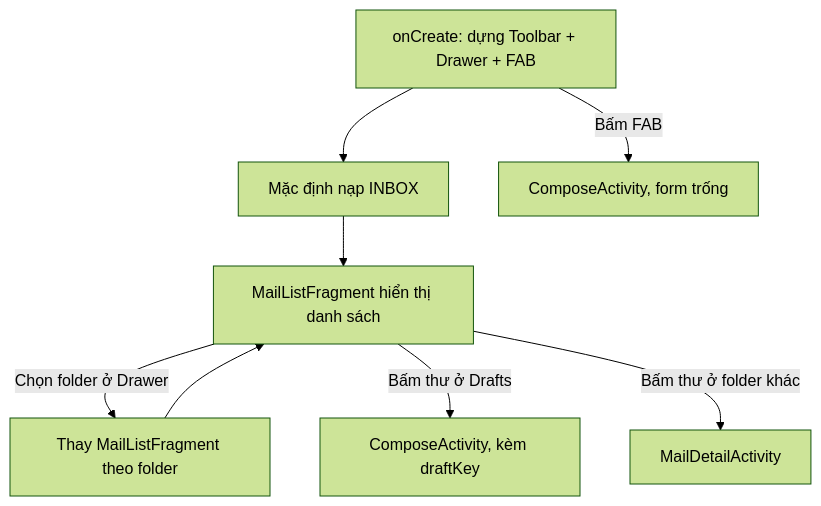
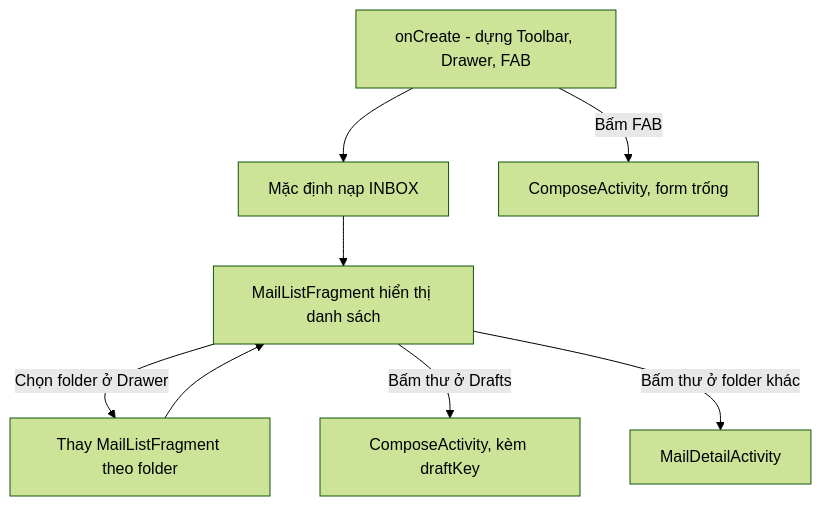
One commit to Dak1096/MobileDev_2026 changed the fourth of 7 diagrams in README.md. Above: the diagram before and after it, drawn with Mermaid (forest theme). The commit also changed other lines of this file, not shown here.

Commit message:
Update flowcharts in README for clarity

````diff
--- a/README.md
+++ b/README.md
@@ -127,10 +134,10 @@
 ```mermaid
 flowchart TD
-    A[onCreate: dựng Toolbar + Drawer + FAB] --> B[Mặc định nạp INBOX]
-    B --> C[MailListFragment hiển thị danh sách]
-    C -->|Chọn folder ở Drawer| D[Thay MailListFragment theo folder]
+    A["onCreate - dựng Toolbar, Drawer, FAB"] --> B["Mặc định nạp INBOX"]
+    B --> C["MailListFragment hiển thị danh sách"]
+    C -->|"Chọn folder ở Drawer"| D["Thay MailListFragment theo folder"]
     D --> C
-    C -->|Bấm thư ở Drafts| E[ComposeActivity, kèm draftKey]
-    C -->|Bấm thư ở folder khác| F[MailDetailActivity]
-    A -->|Bấm FAB| G[ComposeActivity, form trống]
+    C -->|"Bấm thư ở Drafts"| E["ComposeActivity, kèm draftKey"]
+    C -->|"Bấm thư ở folder khác"| F["MailDetailActivity"]
+    A -->|"Bấm FAB"| G["ComposeActivity, form trống"]
 ```
````
